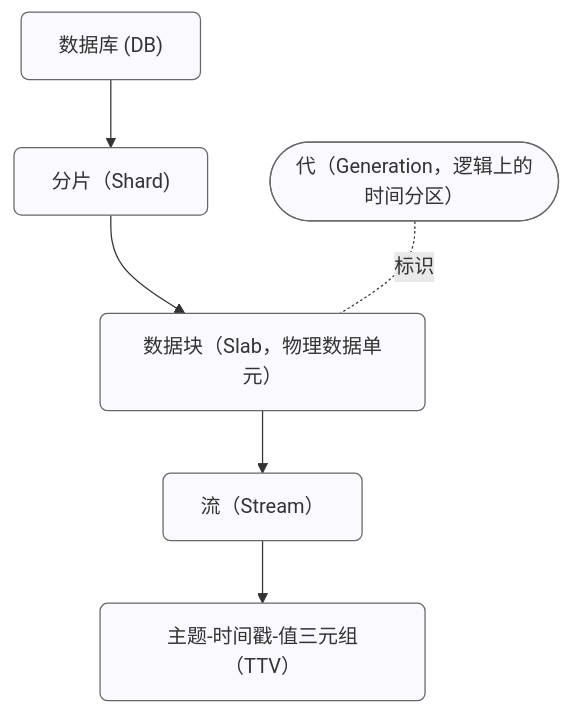
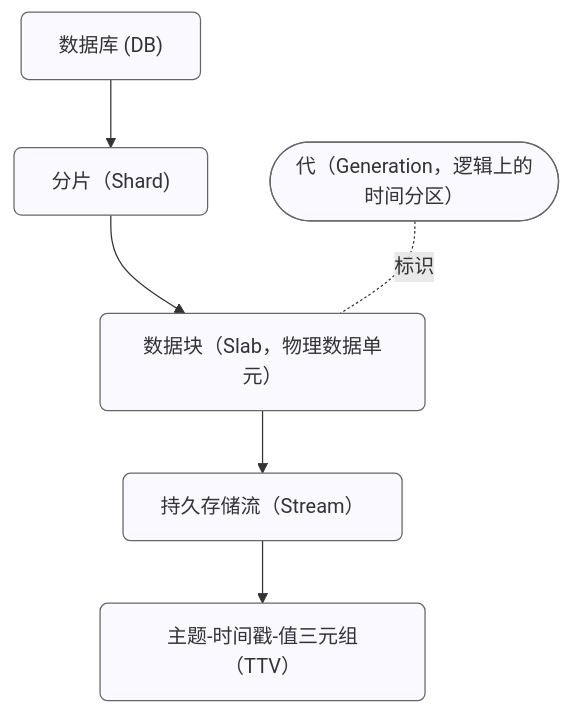
Before and after one commit to emqx/emqx-docs: the diagram in zh_CN/design/durable-storage.md, drawn with Mermaid. The commit also changed other lines of this file and 3 other files, not shown here.

````diff
--- a/zh_CN/design/durable-storage.md
+++ b/zh_CN/design/durable-storage.md
@@ -22,20 +26,20 @@
 ```mermaid
 flowchart TB
     %% Durable Storage Hierarchy Diagram
     DB["数据库 (DB)"]
     SH["分片（Shard)"]
     GEN(["代（Generation，逻辑上的时间分区）"])
     SL["数据块（Slab，物理数据单元）"]
-    ST["流（Stream）"]
+    ST["持久存储流（Stream）"]
     TTV["主题-时间戳-值三元组（TTV）"]
 
     %% Main hierarchy
     DB --> SH --> SL --> ST --> TTV
 
     %% Logical relationship
     GEN -. 标识 .- SL
 
     %% Styling
     classDef box fill:#f9f9ff,stroke:#666,stroke-width:1px,rx:6,ry:6;
     class DB,SH,SL,ST,TTV,GEN box;
 ```
````
